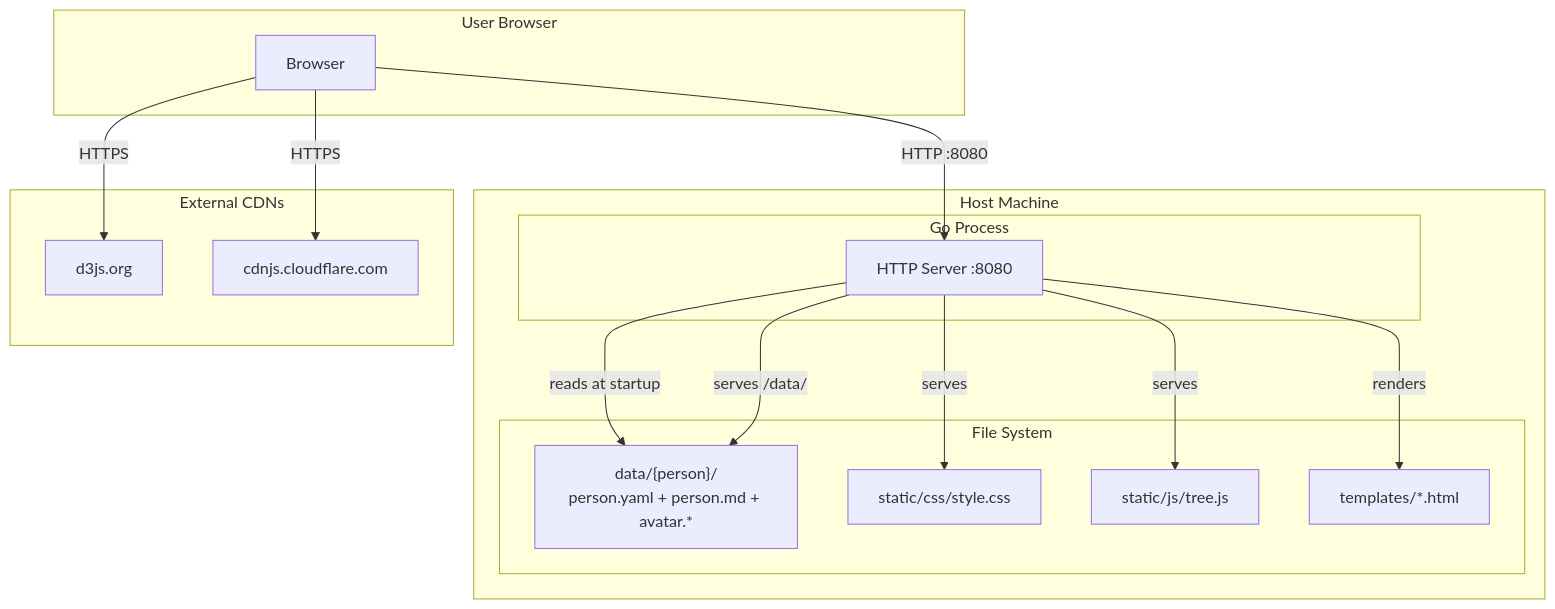
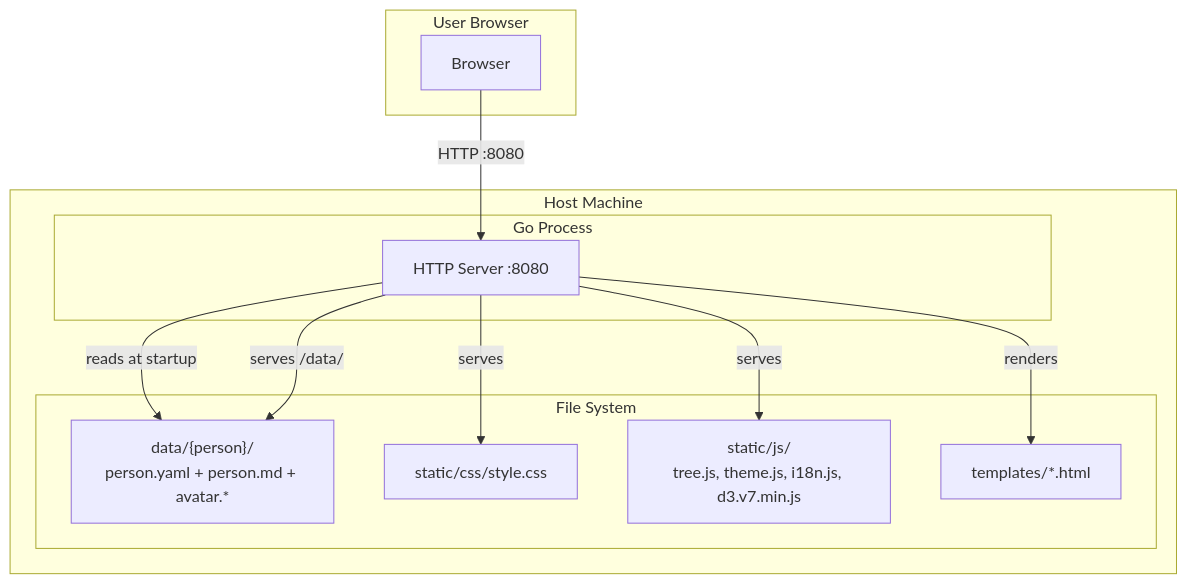
Before and after one commit to bjblazko/sippschaft: the seventh of 7 diagrams in doc/architecture.md, drawn with Mermaid. The commit also changed other lines of this file and 14 other files, not shown here.

````diff
--- a/doc/architecture.md
+++ b/doc/architecture.md
@@ -243,34 +242,27 @@
 ```mermaid
 graph TD
     subgraph Host Machine
         subgraph Go Process
             A[HTTP Server :8080]
         end
 
         subgraph File System
             B["data/{person}/<br/>person.yaml + person.md + avatar.*"]
             D[static/css/style.css]
-            E[static/js/tree.js]
+            E["static/js/<br/>tree.js, theme.js, i18n.js, d3.v7.min.js"]
             F[templates/*.html]
         end
 
         A -->|reads at startup| B
         A -->|serves /data/| B
         A -->|serves| D
         A -->|serves| E
         A -->|renders| F
     end
 
     subgraph User Browser
         G[Browser]
     end
 
-    subgraph External CDNs
-        H[d3js.org]
-        I[cdnjs.cloudflare.com]
-    end
-
     G -->|HTTP :8080| A
-    G -->|HTTPS| H
-    G -->|HTTPS| I
 ```
````
